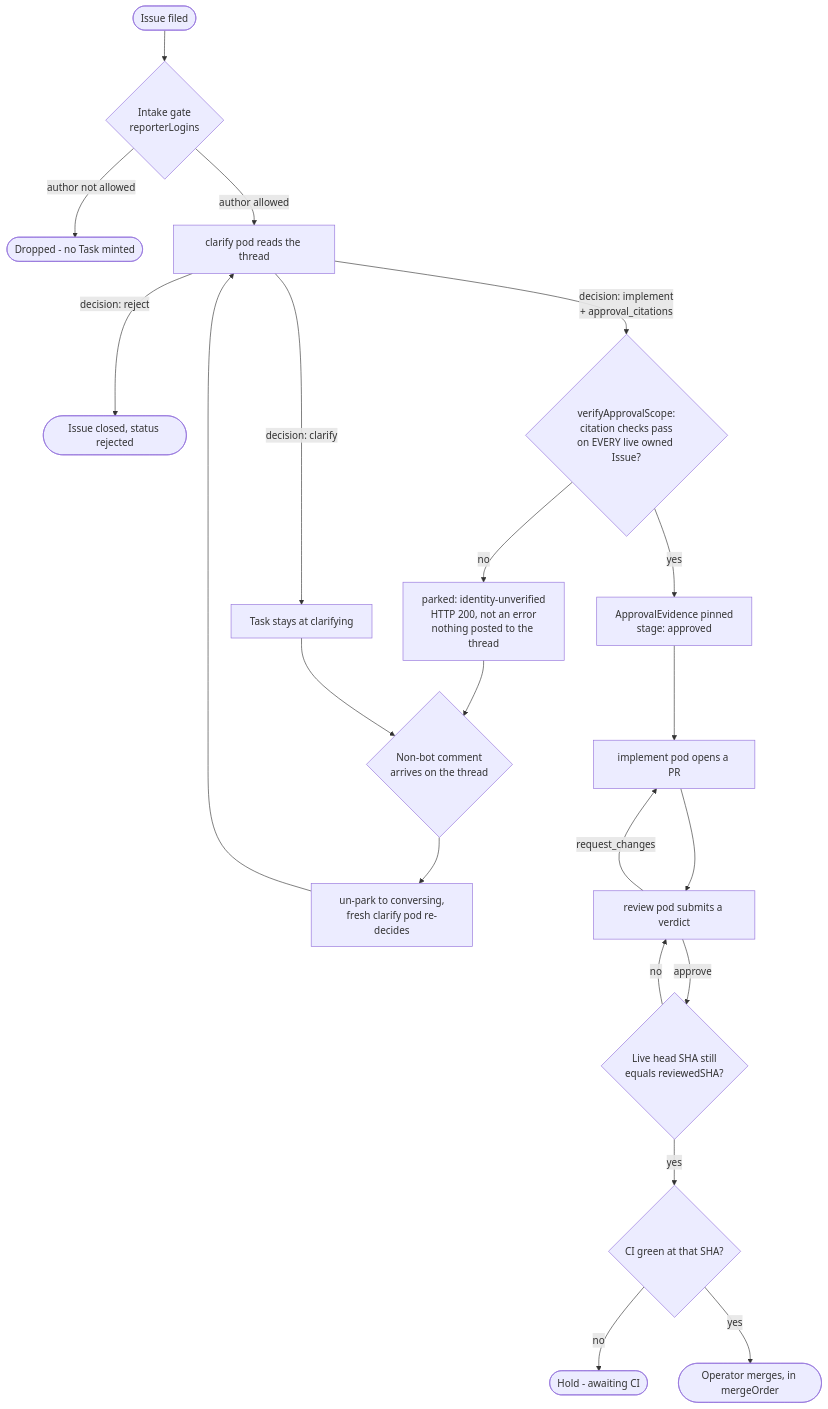
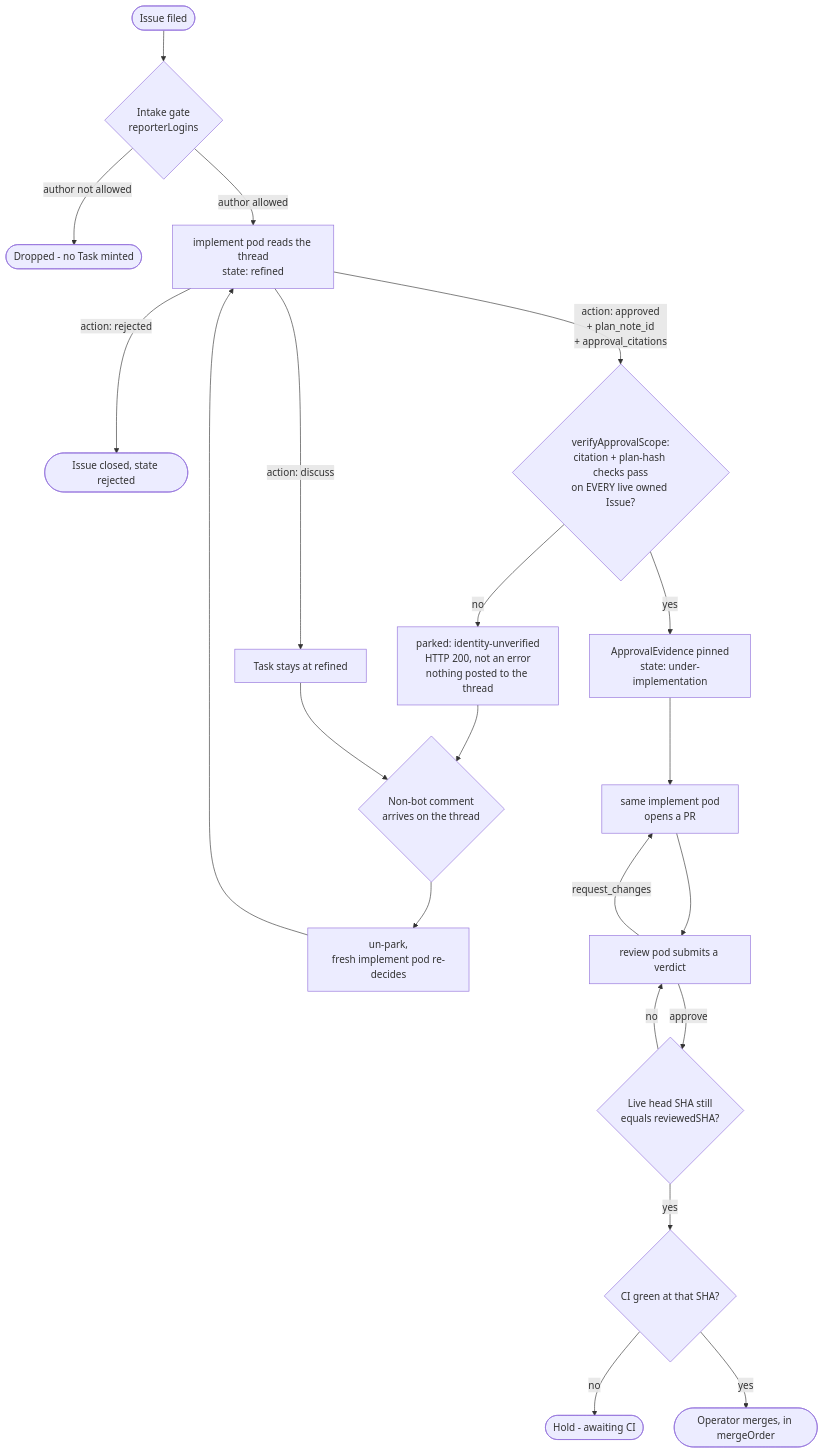
The second of 2 diagrams in docs/operations/security/approval-gates.md (szymonrychu/tatara-documentation), drawn with Mermaid before and after one commit. The commit also changed other lines of this file and 42 other files, not shown here.

````diff
--- a/docs/operations/security/approval-gates.md
+++ b/docs/operations/security/approval-gates.md
@@ -399,23 +432,23 @@
 ```mermaid
 flowchart TD
     A([Issue filed]) --> B{Intake gate\nreporterLogins}
     B -- author not allowed --> Z1([Dropped - no Task minted])
-    B -- author allowed --> C[clarify pod reads the thread]
-    C -- decision: reject --> D([Issue closed, status rejected])
-    C -- decision: clarify --> E[Task stays at clarifying]
-    C -- "decision: implement\n+ approval_citations" --> F{verifyApprovalScope:\ncitation checks pass\non EVERY live owned Issue?}
+    B -- author allowed --> C[implement pod reads the thread\nstate: refined]
+    C -- action: rejected --> D([Issue closed, state rejected])
+    C -- action: discuss --> E[Task stays at refined]
+    C -- "action: approved\n+ plan_note_id\n+ approval_citations" --> F{verifyApprovalScope:\ncitation + plan-hash checks pass\non EVERY live owned Issue?}
     F -- no --> P[parked: identity-unverified\nHTTP 200, not an error\nnothing posted to the thread]
-    F -- yes --> G[ApprovalEvidence pinned\nstage: approved]
+    F -- yes --> G[ApprovalEvidence pinned\nstate: under-implementation]
     P --> H{Non-bot comment\narrives on the thread}
-    H --> R[un-park to conversing,\nfresh clarify pod re-decides]
+    H --> R[un-park,\nfresh implement pod re-decides]
     R --> C
     E --> H
-    G --> I[implement pod opens a PR]
+    G --> I[same implement pod\nopens a PR]
     I --> J[review pod submits a verdict]
     J -- request_changes --> I
     J -- approve --> K{Live head SHA still\nequals reviewedSHA?}
     K -- no --> J
     K -- yes --> L{CI green at that SHA?}
     L -- no --> M([Hold - awaiting CI])
     L -- yes --> N([Operator merges, in mergeOrder])
 ```
````
